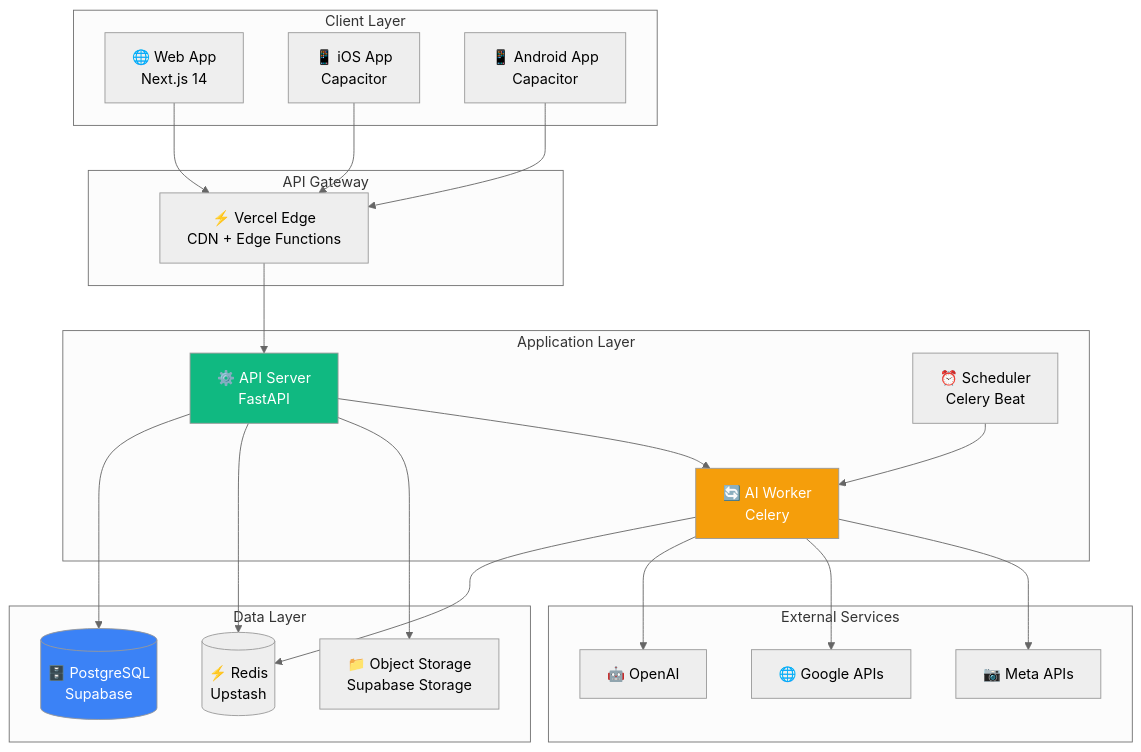
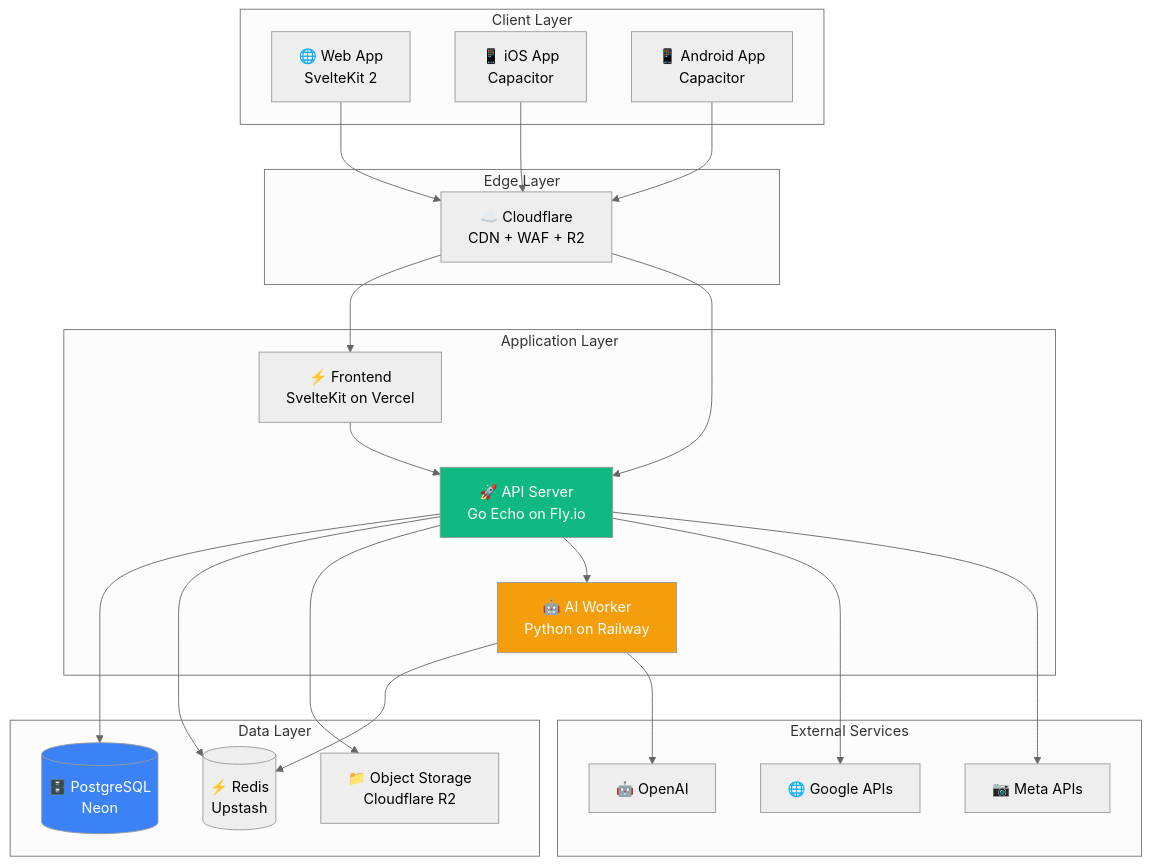
Before and after one commit to Prometheus-P/salon-mate: the second of 7 diagrams in docs/specs/ARCHITECTURE.md, drawn with Mermaid (neutral theme). The commit also changed other lines of this file and 30 other files, not shown here.

First line of the commit message:
feat: migrate tech stack to SvelteKit + Go + Python

````diff
--- a/docs/specs/ARCHITECTURE.md
+++ b/docs/specs/ARCHITECTURE.md
@@ -65,52 +67,54 @@
 ```mermaid
 graph TB
     subgraph Client Layer
-        WEB[🌐 Web App<br/>Next.js 14]
+        WEB[🌐 Web App<br/>SvelteKit 2]
         IOS[📱 iOS App<br/>Capacitor]
         ANDROID[📱 Android App<br/>Capacitor]
     end
 
-    subgraph API Gateway
-        VERCEL[⚡ Vercel Edge<br/>CDN + Edge Functions]
+    subgraph Edge Layer
+        CF[☁️ Cloudflare<br/>CDN + WAF + R2]
     end
 
     subgraph Application Layer
-        API[⚙️ API Server<br/>FastAPI]
-        WORKER[🔄 AI Worker<br/>Celery]
-        SCHEDULER[⏰ Scheduler<br/>Celery Beat]
+        FE[⚡ Frontend<br/>SvelteKit on Vercel]
+        API[🚀 API Server<br/>Go Echo on Fly.io]
+        AI[🤖 AI Worker<br/>Python on Railway]
     end
 
     subgraph Data Layer
-        DB[(🗄️ PostgreSQL<br/>Supabase)]
+        DB[(🗄️ PostgreSQL<br/>Neon)]
         CACHE[(⚡ Redis<br/>Upstash)]
-        STORAGE[📁 Object Storage<br/>Supabase Storage]
+        STORAGE[📁 Object Storage<br/>Cloudflare R2]
     end
 
     subgraph External Services
         GOOGLE[🌐 Google APIs]
         META[📷 Meta APIs]
         OPENAI[🤖 OpenAI]
     end
 
-    WEB --> VERCEL
-    IOS --> VERCEL
-    ANDROID --> VERCEL
+    WEB --> CF
+    IOS --> CF
+    ANDROID --> CF
 
-    VERCEL --> API
+    CF --> FE
+    CF --> API
+
+    FE --> API
 
     API --> DB
     API --> CACHE
     API --> STORAGE
-    API --> WORKER
+    API --> AI
 
-    WORKER --> CACHE
-    WORKER --> OPENAI
-    WORKER --> GOOGLE
-    WORKER --> META
+    AI --> CACHE
+    AI --> OPENAI
 
-    SCHEDULER --> WORKER
+    API --> GOOGLE
+    API --> META
 
     style API fill:#10B981,color:#fff
-    style WORKER fill:#F59E0B,color:#fff
+    style AI fill:#F59E0B,color:#fff
     style DB fill:#3B82F6,color:#fff
 ```
````
